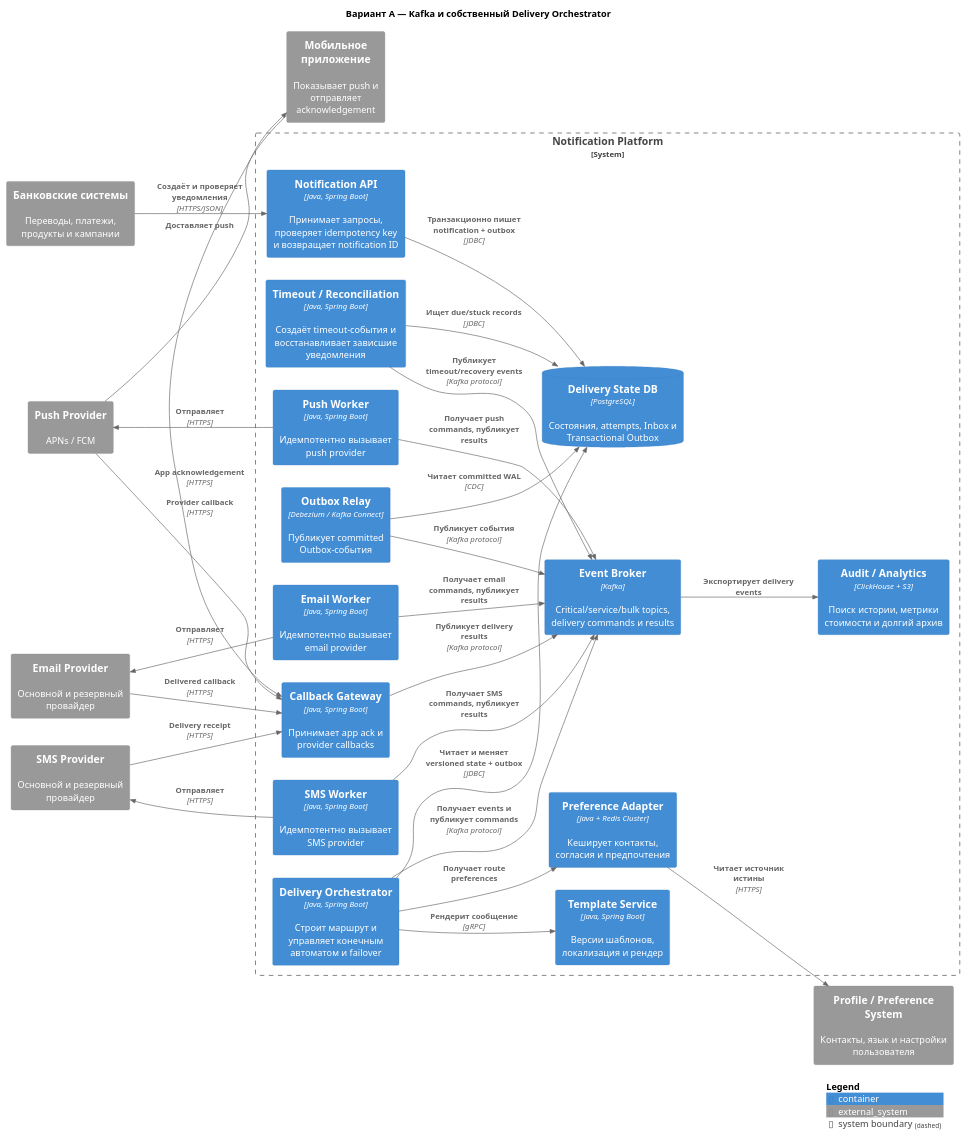
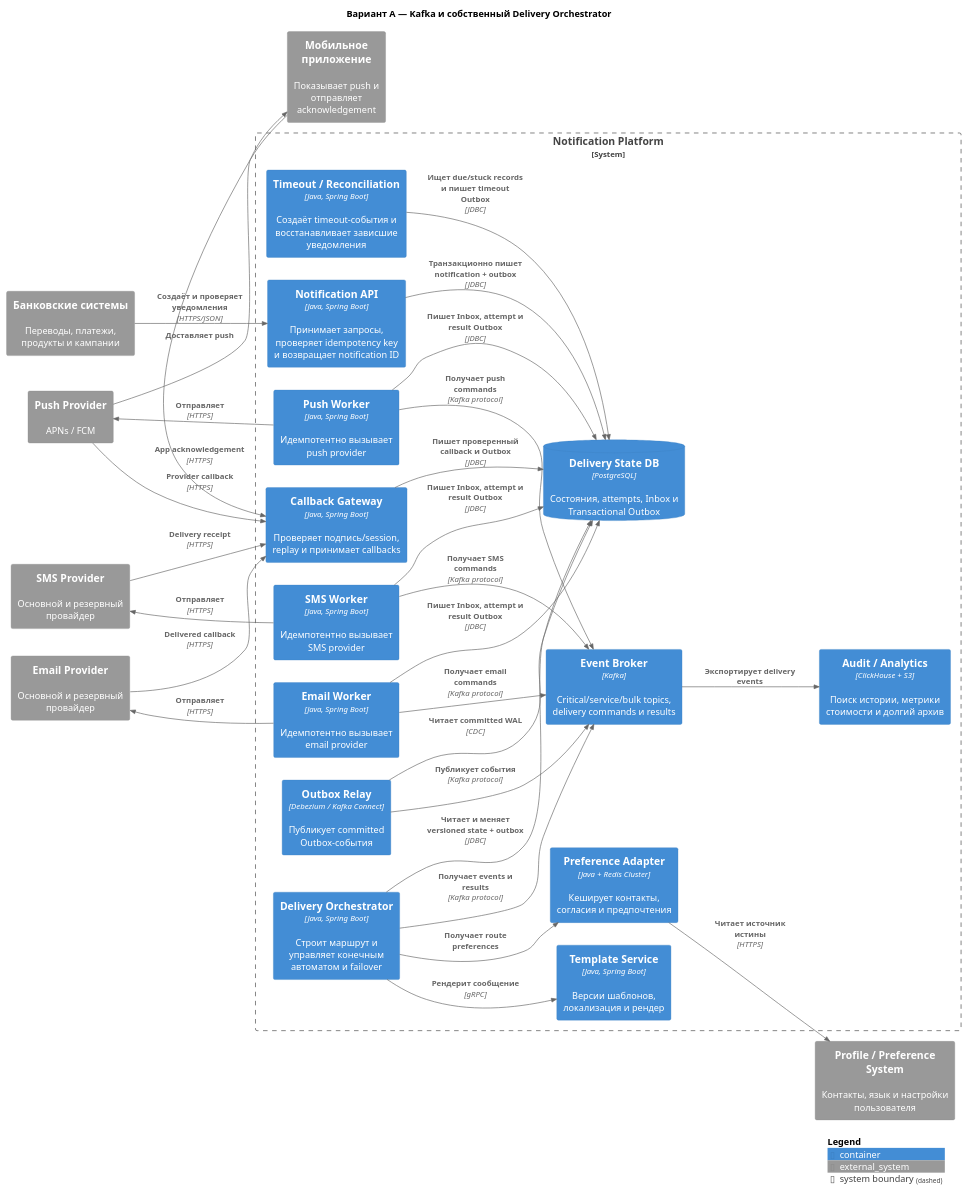
The diagram in diagrams/c4-option-a.puml (ItsBelyaev/notification-platform-homework), drawn with PlantUML before and after one commit. The commit also changed 7 other files, not shown here.

Commit message:
Fix notification architecture consistency

```diff
--- a/diagrams/c4-option-a.puml
+++ b/diagrams/c4-option-a.puml
@@ -1,56 +1,58 @@
 @startuml
-!includeurl https://raw.githubusercontent.com/plantuml-stdlib/C4-PlantUML/master/C4_Container.puml
+!includeurl https://raw.githubusercontent.com/plantuml-stdlib/C4-PlantUML/f998c46833daac592f3283ff08d7b8cd7e1558fb/C4_Container.puml
 
 title Вариант A — Kafka и собственный Delivery Orchestrator
 LAYOUT_LEFT_RIGHT()
 
 System_Ext(source, "Банковские системы", "Переводы, платежи, продукты и кампании")
 System_Ext(profile, "Profile / Preference System", "Контакты, язык и настройки пользователя")
 System_Ext(pushProvider, "Push Provider", "APNs / FCM")
 System_Ext(smsProvider, "SMS Provider", "Основной и резервный провайдер")
 System_Ext(emailProvider, "Email Provider", "Основной и резервный провайдер")
 System_Ext(mobile, "Мобильное приложение", "Показывает push и отправляет acknowledgement")
 
 System_Boundary(platform, "Notification Platform") {
   Container(api, "Notification API", "Java, Spring Boot", "Принимает запросы, проверяет idempotency key и возвращает notification ID")
   ContainerDb(stateDb, "Delivery State DB", "PostgreSQL", "Состояния, attempts, Inbox и Transactional Outbox")
   Container(outbox, "Outbox Relay", "Debezium / Kafka Connect", "Публикует committed Outbox-события")
   Container(broker, "Event Broker", "Kafka", "Critical/service/bulk topics, delivery commands и results")
   Container(orchestrator, "Delivery Orchestrator", "Java, Spring Boot", "Строит маршрут и управляет конечным автоматом и failover")
   Container(scheduler, "Timeout / Reconciliation", "Java, Spring Boot", "Создаёт timeout-события и восстанавливает зависшие уведомления")
   Container(preferences, "Preference Adapter", "Java + Redis Cluster", "Кеширует контакты, согласия и предпочтения")
   Container(templates, "Template Service", "Java, Spring Boot", "Версии шаблонов, локализация и рендер")
   Container(pushWorker, "Push Worker", "Java, Spring Boot", "Идемпотентно вызывает push provider")
   Container(smsWorker, "SMS Worker", "Java, Spring Boot", "Идемпотентно вызывает SMS provider")
   Container(emailWorker, "Email Worker", "Java, Spring Boot", "Идемпотентно вызывает email provider")
-  Container(callback, "Callback Gateway", "Java, Spring Boot", "Принимает app ack и provider callbacks")
+  Container(callback, "Callback Gateway", "Java, Spring Boot", "Проверяет подпись/session, replay и принимает callbacks")
   Container(audit, "Audit / Analytics", "ClickHouse + S3", "Поиск истории, метрики стоимости и долгий архив")
 }
 
 Rel(source, api, "Создаёт и проверяет уведомления", "HTTPS/JSON")
 Rel(api, stateDb, "Транзакционно пишет notification + outbox", "JDBC")
 Rel(outbox, stateDb, "Читает committed WAL", "CDC")
 Rel(outbox, broker, "Публикует события", "Kafka protocol")
-Rel(orchestrator, broker, "Получает events и публикует commands", "Kafka protocol")
+Rel(orchestrator, broker, "Получает events и results", "Kafka protocol")
 Rel(orchestrator, stateDb, "Читает и меняет versioned state + outbox", "JDBC")
 Rel(orchestrator, preferences, "Получает route preferences")
 Rel(preferences, profile, "Читает источник истины", "HTTPS")
 Rel(orchestrator, templates, "Рендерит сообщение", "gRPC")
-Rel(scheduler, stateDb, "Ищет due/stuck records", "JDBC")
-Rel(scheduler, broker, "Публикует timeout/recovery events", "Kafka protocol")
-Rel(pushWorker, broker, "Получает push commands, публикует results")
-Rel(smsWorker, broker, "Получает SMS commands, публикует results")
-Rel(emailWorker, broker, "Получает email commands, публикует results")
+Rel(scheduler, stateDb, "Ищет due/stuck records и пишет timeout Outbox", "JDBC")
+Rel(pushWorker, broker, "Получает push commands", "Kafka protocol")
+Rel(smsWorker, broker, "Получает SMS commands", "Kafka protocol")
+Rel(emailWorker, broker, "Получает email commands", "Kafka protocol")
+Rel(pushWorker, stateDb, "Пишет Inbox, attempt и result Outbox", "JDBC")
+Rel(smsWorker, stateDb, "Пишет Inbox, attempt и result Outbox", "JDBC")
+Rel(emailWorker, stateDb, "Пишет Inbox, attempt и result Outbox", "JDBC")
 Rel(pushWorker, pushProvider, "Отправляет", "HTTPS")
 Rel(smsWorker, smsProvider, "Отправляет", "HTTPS")
 Rel(emailWorker, emailProvider, "Отправляет", "HTTPS")
 Rel(pushProvider, mobile, "Доставляет push")
 Rel(mobile, callback, "App acknowledgement", "HTTPS")
 Rel(pushProvider, callback, "Provider callback", "HTTPS")
 Rel(smsProvider, callback, "Delivery receipt", "HTTPS")
 Rel(emailProvider, callback, "Delivered callback", "HTTPS")
-Rel(callback, broker, "Публикует delivery results", "Kafka protocol")
+Rel(callback, stateDb, "Пишет проверенный callback и Outbox", "JDBC")
 Rel(broker, audit, "Экспортирует delivery events")
 
 SHOW_LEGEND()
 @enduml
```
